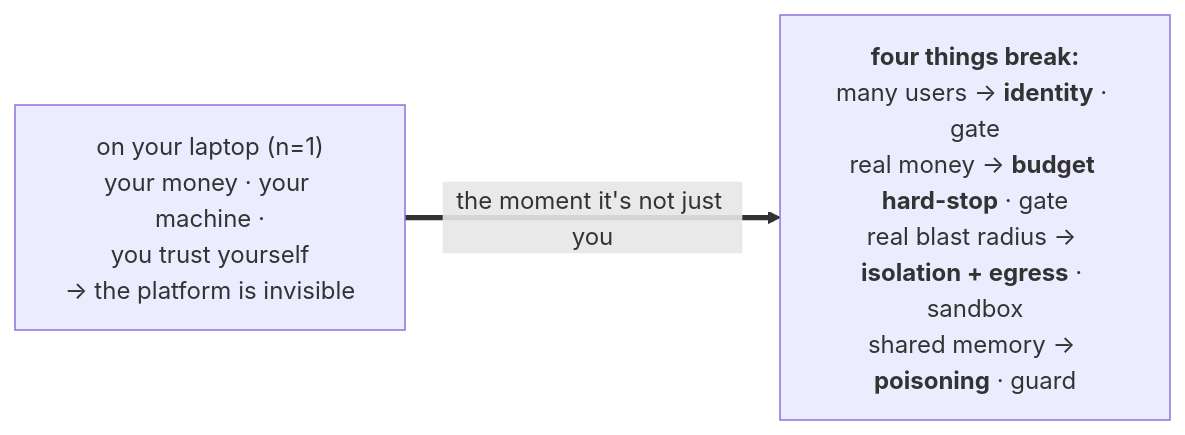
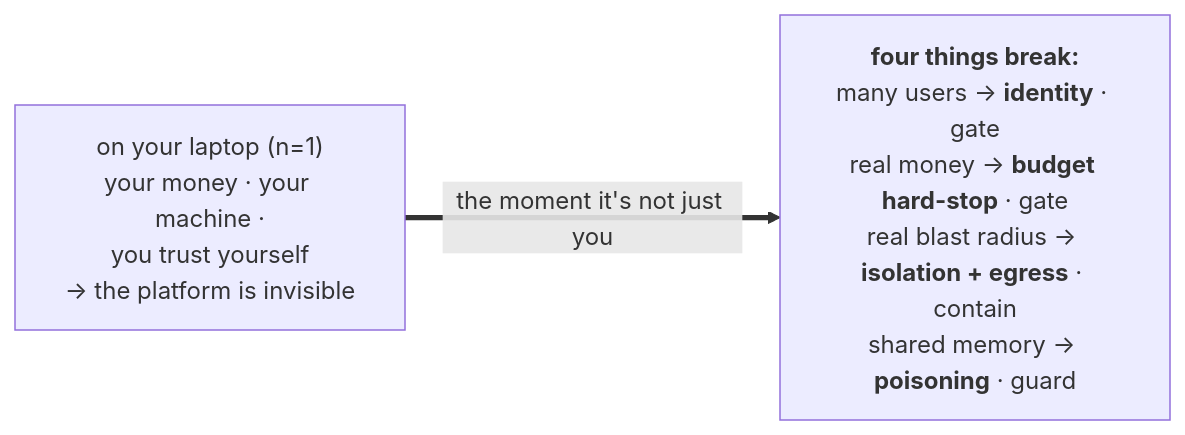
Before and after one commit to tilsley/creance: the sixth of 15 diagrams in docs/stack-slides.md, drawn with Mermaid. The commit also changed other lines of this file, not shown here.

First line of the commit message:
docs(slides): rework model — 3 primitives (model/tool/memory), add 'contain' control

````diff
--- a/docs/stack-slides.md
+++ b/docs/stack-slides.md
@@ -92,5 +92,5 @@
 ```mermaid
 flowchart LR
   Lap["on your laptop (n=1)<br/>your money · your machine ·<br/>you trust yourself<br/>→ the platform is invisible"]
-  Lap ==>|"the moment it's not just you"| Real["<b>four things break:</b><br/>many users → <b>identity</b> · gate<br/>real money → <b>budget hard-stop</b> · gate<br/>real blast radius → <b>isolation + egress</b> · sandbox<br/>shared memory → <b>poisoning</b> · guard"]
+  Lap ==>|"the moment it's not just you"| Real["<b>four things break:</b><br/>many users → <b>identity</b> · gate<br/>real money → <b>budget hard-stop</b> · gate<br/>real blast radius → <b>isolation + egress</b> · contain<br/>shared memory → <b>poisoning</b> · guard"]
 ```
````
